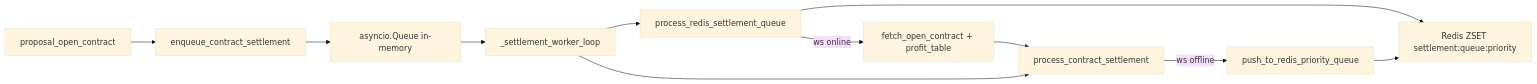
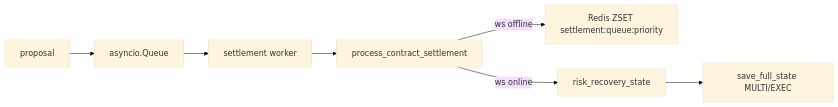
Before and after one commit to victorh-silveira/aether-quantum-engine: the second of 3 diagrams in docs/arquitetura.md, drawn with Mermaid (base theme). The commit also changed other lines of this file and 42 other files, not shown here.

First line of the commit message:
feat(engine): soft recovery caps, meta 43D micro features and architecture docs

````diff
--- a/docs/arquitetura.md
+++ b/docs/arquitetura.md
@@ -501,13 +276,9 @@
 ```mermaid
 flowchart LR
-  POC[proposal_open_contract] --> ENQ[enqueue_contract_settlement]
-  ENQ --> IQ[asyncio.Queue in-memory]
-  IQ --> WK[_settlement_worker_loop]
-  WK --> PRQ[process_redis_settlement_queue]
-  PRQ --> ZSET[Redis ZSET settlement:queue:priority]
+  POC[proposal] --> IQ[asyncio.Queue]
+  IQ --> WK[settlement worker]
   WK --> PCS[process_contract_settlement]
-  PCS -->|ws offline| PUSH[push_to_redis_priority_queue]
-  PUSH --> ZSET
-  PRQ -->|ws online| CONF[fetch_open_contract + profit_table]
-  CONF --> PCS
+  PCS -->|ws offline| ZSET[Redis ZSET settlement:queue:priority]
+  PCS -->|ws online| RSC[risk_recovery_state]
+  RSC --> SAVE[save_full_state MULTI/EXEC]
 ```
````
